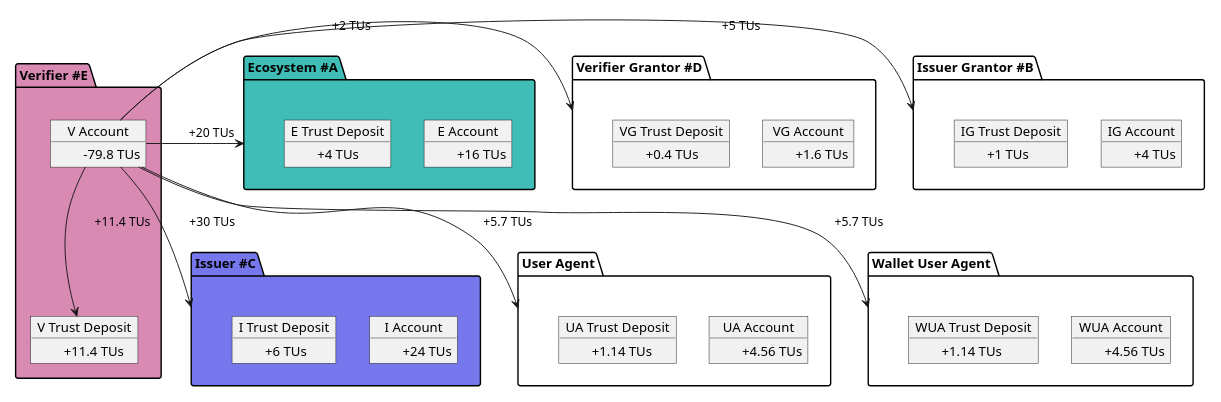
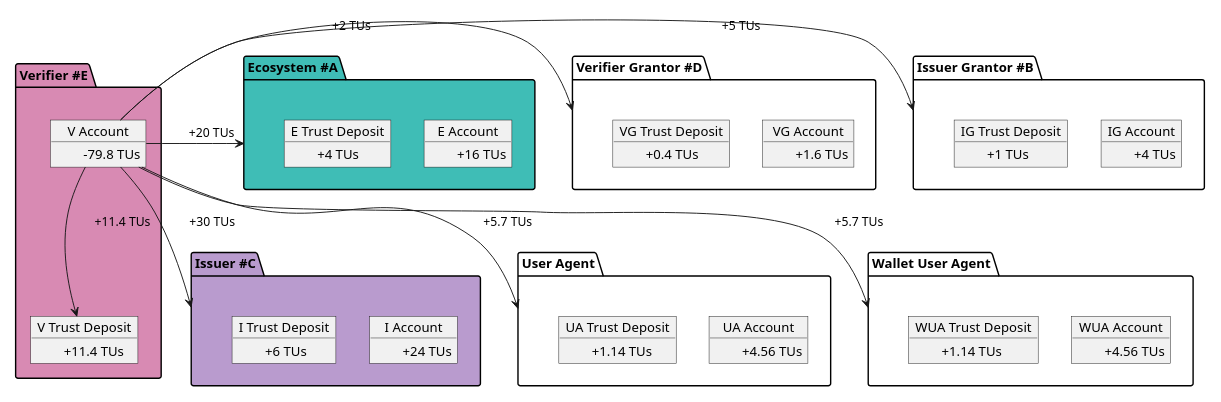
Before and after one commit to verana-labs/verana-docs: the diagram in docs/learn/verifiable-public-registry/80-trust-deposit-and-reputation.md, drawn with PlantUML. The commit also changed 1 other file, not shown here.

```diff
--- a/docs/learn/verifiable-public-registry/80-trust-deposit-and-reputation.md
+++ b/docs/learn/verifiable-public-registry/80-trust-deposit-and-reputation.md
@@ -45,7 +45,7 @@
         \t+1 TUs
     }
 }
-package "Issuer #C" as issuer #7677ed {
+package "Issuer #C" as issuer #b99bce {
     object "I Account" as issuera {
          \t+24 TUs
     }
```
